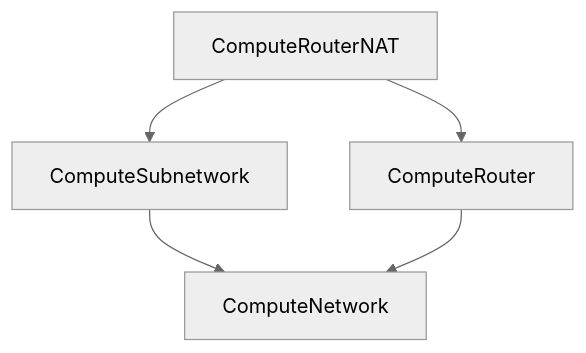
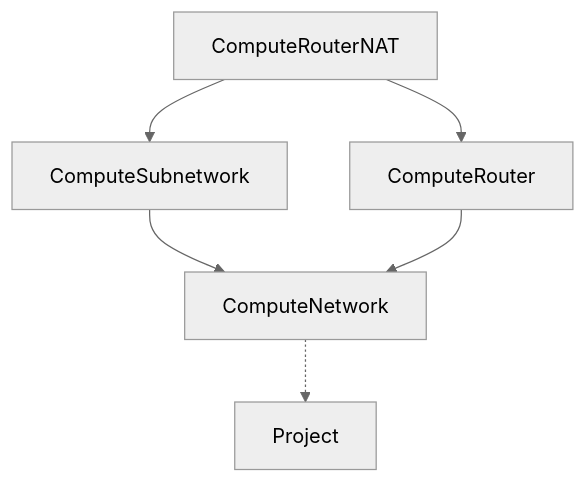
One commit to mathieu-benoit/acm-workshop changed the diagram in content/networking/set-up-network.md. Above: the diagram before and after it, drawn with Mermaid (neutral theme). The commit also changed 6 other files, not shown here.

Commit message:
implicit Project resources in marmaid charts

```diff
--- a/content/networking/set-up-network.md
+++ b/content/networking/set-up-network.md
@@ -105,7 +105,8 @@
 {{< mermaid >}}
 graph TD;
+  ComputeNetwork-.->Project
   ComputeSubnetwork-->ComputeNetwork
   ComputeRouterNAT-->ComputeSubnetwork
   ComputeRouterNAT-->ComputeRouter
   ComputeRouter-->ComputeNetwork
 {{< /mermaid >}}
```
